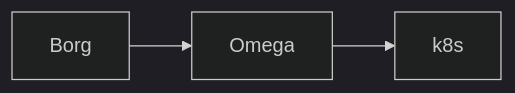
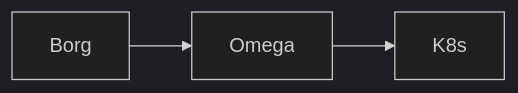
The diagram in work-document-blogs-frontend/docs/编程修养/系统网络/操作系统软件/007_limou_2024_10_05_集群管理软件.md (limou3434/work-limou-blog), drawn with Mermaid (dark theme) before and after one commit. The commit also changed other lines of this file and 12 other files, not shown here.

````diff
--- a/work-document-blogs-frontend/docs/编程修养/系统网络/操作系统软件/007_limou_2024_10_05_集群管理软件.md
+++ b/work-document-blogs-frontend/docs/编程修养/系统网络/操作系统软件/007_limou_2024_10_05_集群管理软件.md
@@ -20,4 +20,4 @@
 ```mermaid
 graph LR
-BORG["Borg"] --> OMEGA["Omega"] --> K8S["k8s"]
+BORG["Borg"] --> OMEGA["Omega"] --> K8S["K8s"]
 ```
````
